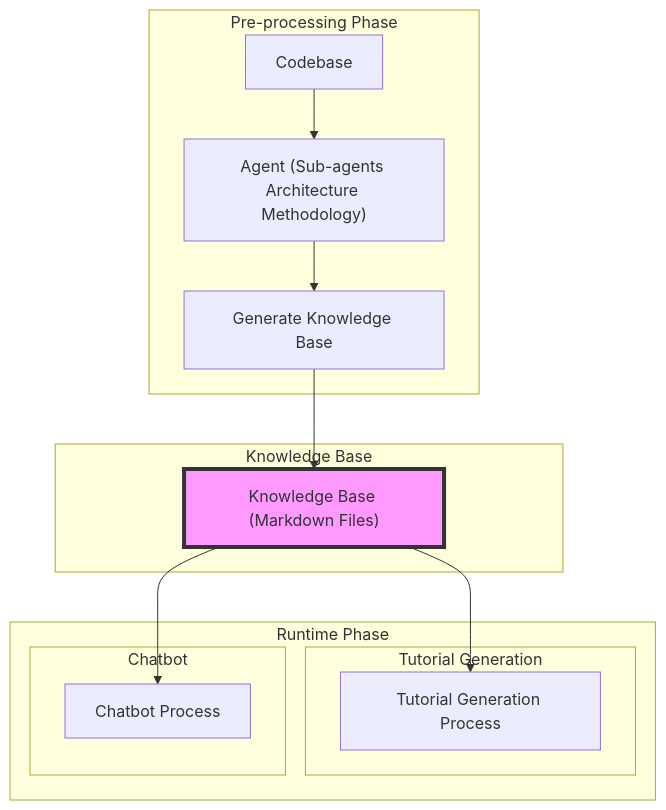
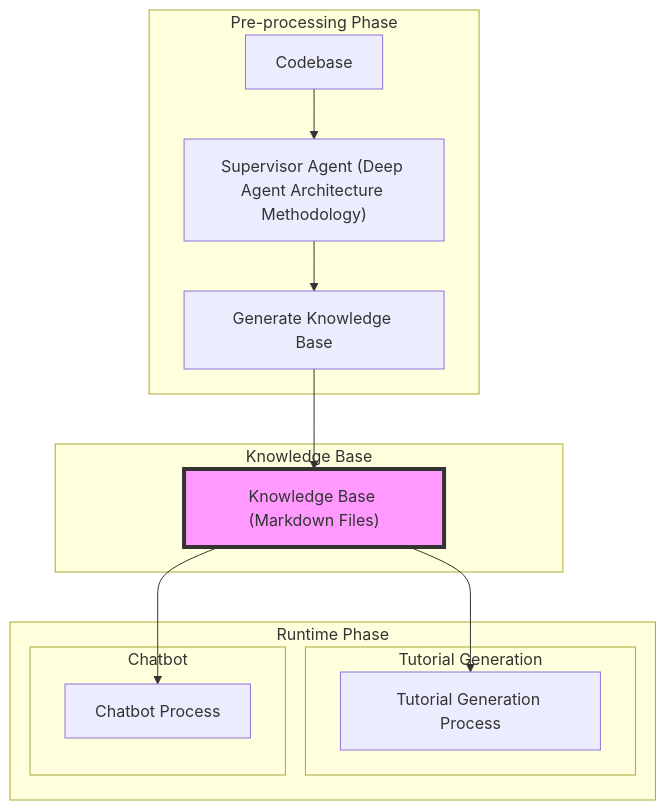
One commit to borailci/smolagents-quickstart-template changed the first of 3 diagrams in docs/methodology_overview.md. Above: the diagram before and after it, drawn with Mermaid. The commit also changed other lines of this file and 49 other files, not shown here.

````diff
--- a/docs/methodology_overview.md
+++ b/docs/methodology_overview.md
@@ -51,19 +51,19 @@
 ```mermaid
 graph TD
     subgraph "Pre-processing Phase"
-        A[Codebase] --> B["Agent (Sub-agents Architecture Methodology)"]
+        A[Codebase] --> B["Supervisor Agent (Deep Agent Architecture Methodology)"]
         B --> C[Generate Knowledge Base]
     end
     subgraph "Knowledge Base"
         C --> D["Knowledge Base (Markdown Files)"]
     end
     subgraph "Runtime Phase"
         subgraph "Tutorial Generation"
             D --> E[Tutorial Generation Process]
         end
         subgraph "Chatbot"
             D --> F[Chatbot Process]
         end
     end
     style D fill:#f9f,stroke:#333,stroke-width:4px
 ```
````
